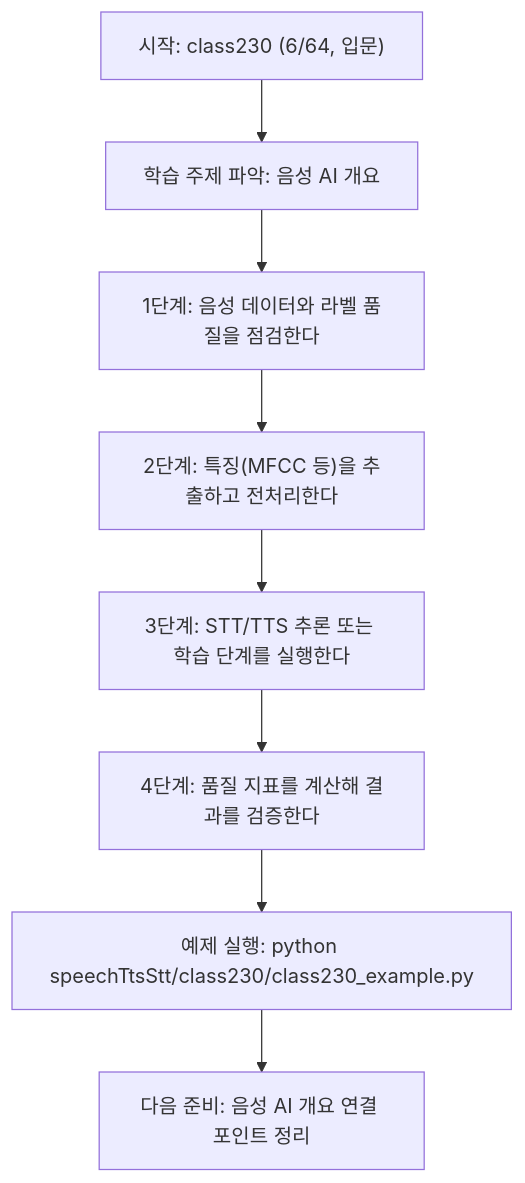
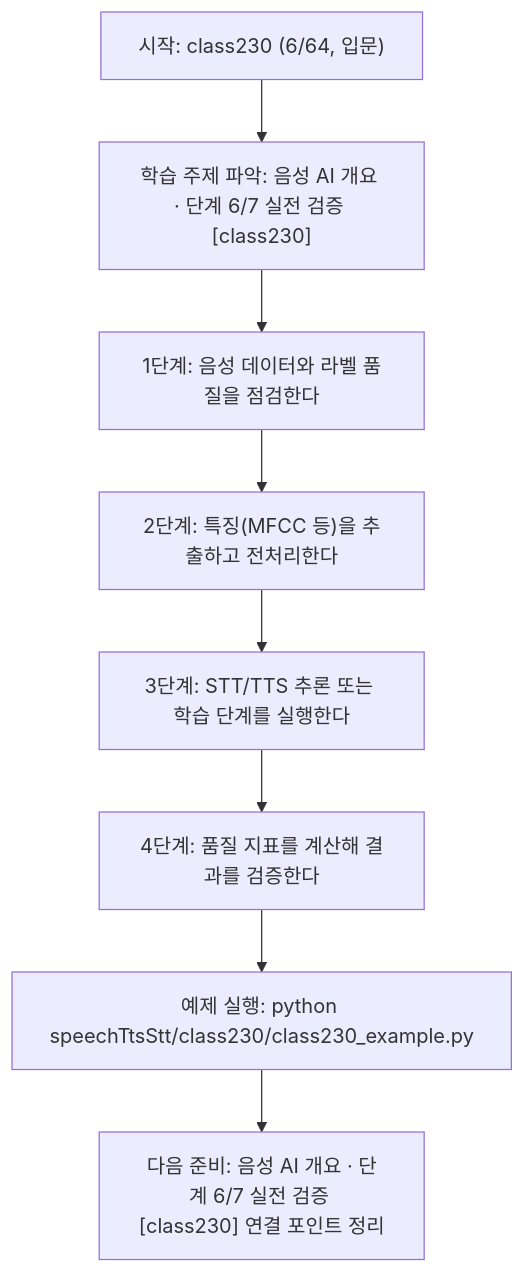
One commit to edumgt/Python-AI_Agent-Class changed the diagram in speechTtsStt/class230/class230.md. Above: the diagram before and after it, drawn with Mermaid. The commit also changed other lines of this file and 522 other files, not shown here.

````diff
--- a/speechTtsStt/class230/class230.md
+++ b/speechTtsStt/class230/class230.md
@@ -113,18 +114,18 @@
 ```mermaid
 flowchart TD
 N1["시작: class230 (6/64, 입문)"]
-N2["학습 주제 파악: 음성 AI 개요"]
+N2["학습 주제 파악: 음성 AI 개요 · 단계 6/7 실전 검증 [class230]"]
 N3["1단계: 음성 데이터와 라벨 품질을 점검한다"]
 N4["2단계: 특징(MFCC 등)을 추출하고 전처리한다"]
 N5["3단계: STT/TTS 추론 또는 학습 단계를 실행한다"]
 N6["4단계: 품질 지표를 계산해 결과를 검증한다"]
 N7["예제 실행: python speechTtsStt/class230/class230_example.py"]
-N8["다음 준비: 음성 AI 개요 연결 포인트 정리"]
+N8["다음 준비: 음성 AI 개요 · 단계 6/7 실전 검증 [class230] 연결 포인트 정리"]
 N1 --> N2
 N2 --> N3
 N3 --> N4
 N4 --> N5
 N5 --> N6
 N6 --> N7
 N7 --> N8
 ```
````
